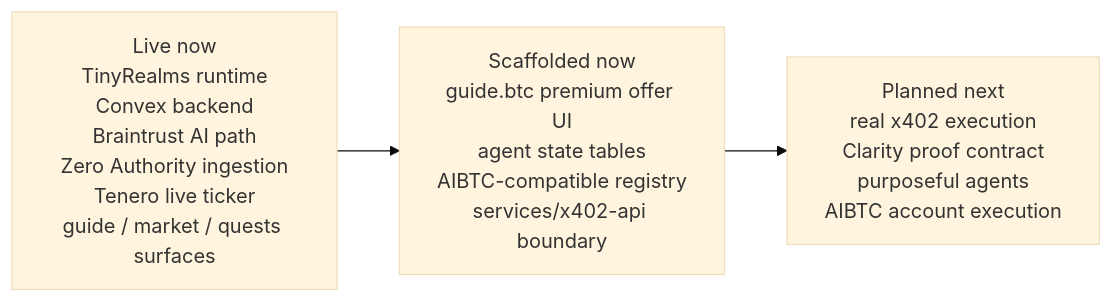
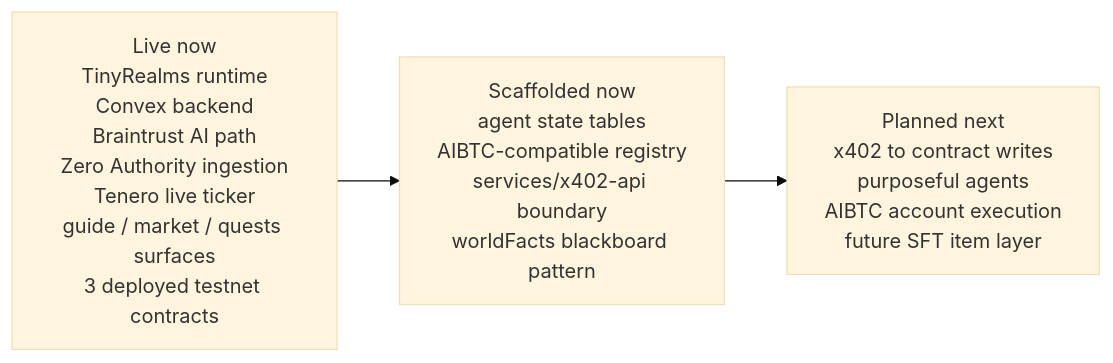
Before and after one commit to retroverse404/---stacks2d-dungeons-agents: the fourth of 14 diagrams in README.md, drawn with Mermaid (base theme). The commit also changed other lines of this file and 10 other files, not shown here.

Commit message:
Document deployed Stacks contract layer

````diff
--- a/README.md
+++ b/README.md
@@ -104,9 +134,9 @@
 ```mermaid
 flowchart LR
   L[Live now] --> S[Scaffolded now]
   S --> P[Planned next]
 
-  L["Live now<br/>TinyRealms runtime<br/>Convex backend<br/>Braintrust AI path<br/>Zero Authority ingestion<br/>Tenero live ticker<br/>guide / market / quests surfaces"]
-  S["Scaffolded now<br/>guide.btc premium offer UI<br/>agent state tables<br/>AIBTC-compatible registry<br/>services/x402-api boundary"]
-  P["Planned next<br/>real x402 execution<br/>Clarity proof contract<br/>purposeful agents<br/>AIBTC account execution"]
+  L["Live now<br/>TinyRealms runtime<br/>Convex backend<br/>Braintrust AI path<br/>Zero Authority ingestion<br/>Tenero live ticker<br/>guide / market / quests surfaces<br/>3 deployed testnet contracts"]
+  S["Scaffolded now<br/>agent state tables<br/>AIBTC-compatible registry<br/>services/x402-api boundary<br/>worldFacts blackboard pattern"]
+  P["Planned next<br/>x402 to contract writes<br/>purposeful agents<br/>AIBTC account execution<br/>future SFT item layer"]
 ```
````
